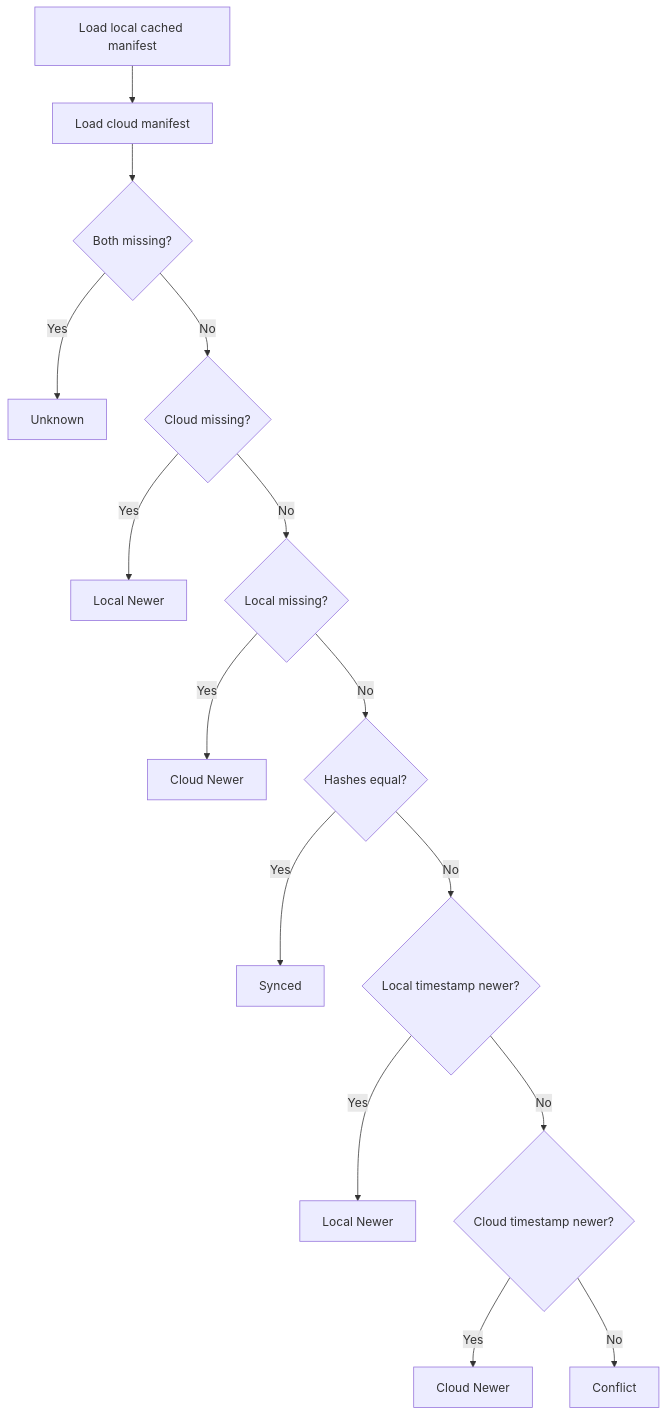
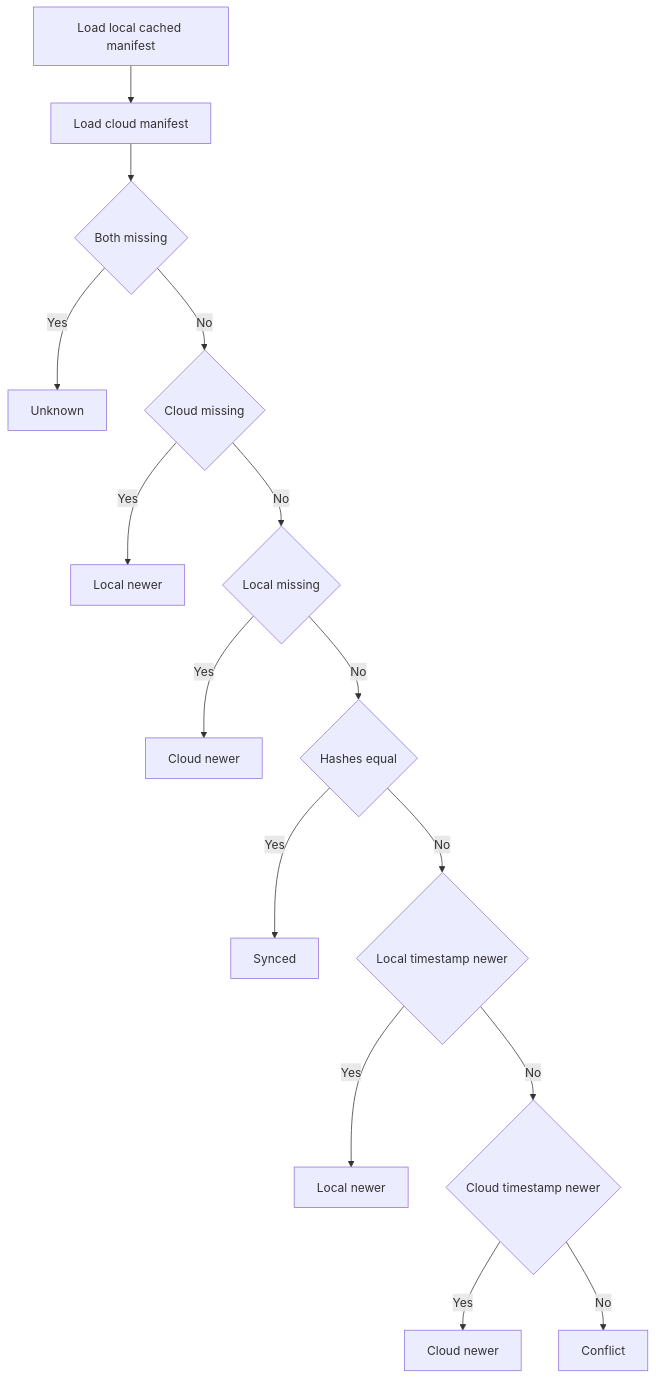
The third of 3 diagrams in docs/USER_GUIDE.md (d1p/savesync), drawn with Mermaid before and after one commit. The commit also changed other lines of this file and 1 other file, not shown here.

Commit message:
docs: fix Mermaid syntax for GitHub rendering

````diff
--- a/docs/USER_GUIDE.md
+++ b/docs/USER_GUIDE.md
@@ -125,17 +125,17 @@
 ```mermaid
 flowchart TD
     A[Load local cached manifest] --> B[Load cloud manifest]
-    B --> C{Both missing?}
+    B --> C{Both missing}
     C -->|Yes| U[Unknown]
-    C -->|No| D{Cloud missing?}
-    D -->|Yes| L[Local Newer]
-    D -->|No| E{Local missing?}
-    E -->|Yes| F[Cloud Newer]
-    E -->|No| G{Hashes equal?}
+    C -->|No| D{Cloud missing}
+    D -->|Yes| L[Local newer]
+    D -->|No| E{Local missing}
+    E -->|Yes| F[Cloud newer]
+    E -->|No| G{Hashes equal}
     G -->|Yes| H[Synced]
-    G -->|No| I{Local timestamp newer?}
-    I -->|Yes| J[Local Newer]
-    I -->|No| K{Cloud timestamp newer?}
-    K -->|Yes| M[Cloud Newer]
+    G -->|No| I{Local timestamp newer}
+    I -->|Yes| J[Local newer]
+    I -->|No| K{Cloud timestamp newer}
+    K -->|Yes| M[Cloud newer]
     K -->|No| N[Conflict]
 ```
````
